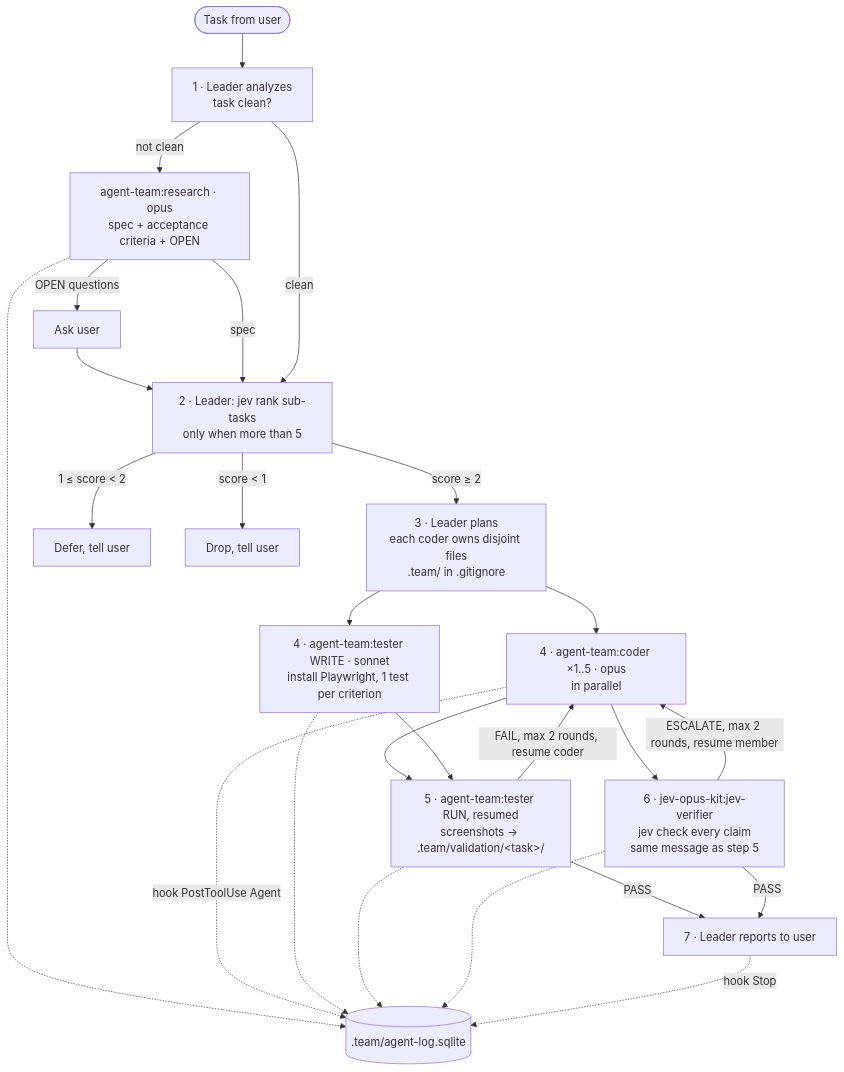
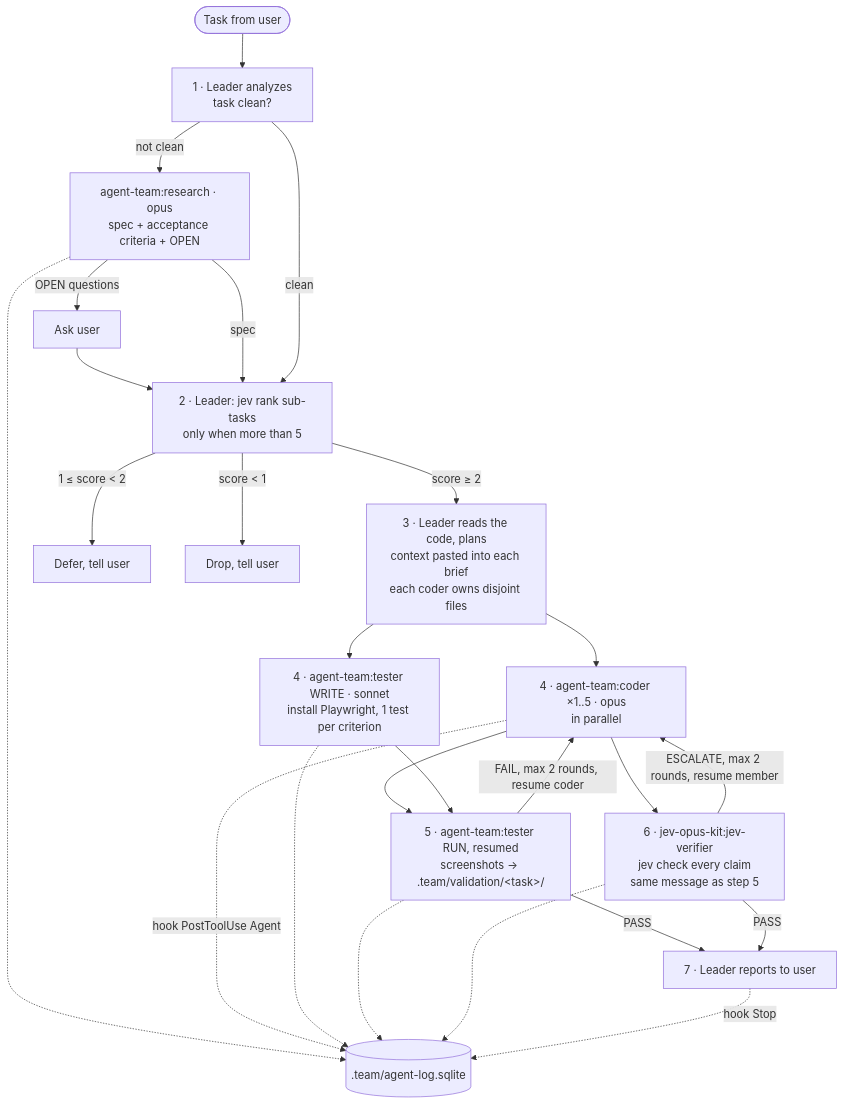
Before and after one commit to vuduc0910/agent-team: the diagram in docs/flow.md, drawn with Mermaid. The commit also changed other lines of this file and 32 other files, not shown here.

Commit message:
Effort high on every member, Leader gathers and pastes context into each brief, ports synced

````diff
--- a/docs/flow.md
+++ b/docs/flow.md
@@ -5,27 +5,27 @@
 ```mermaid
 flowchart TD
     U([Task from user]) --> A["1 · Leader analyzes<br/>task clean?"]
     A -- "not clean" --> RS["agent-team:research · opus<br/>spec + acceptance criteria + OPEN"]
     RS -- "OPEN questions" --> Q["Ask user"] --> R
     RS -- "spec" --> R
     A -- "clean" --> R["2 · Leader: jev rank sub-tasks<br/>only when more than 5"]
-    R -- "score ≥ 2" --> P["3 · Leader plans<br/>each coder owns disjoint files<br/>.team/ in .gitignore"]
+    R -- "score ≥ 2" --> P["3 · Leader reads the code, plans<br/>context pasted into each brief<br/>each coder owns disjoint files"]
     R -- "1 ≤ score &lt; 2" --> D1["Defer, tell user"]
     R -- "score &lt; 1" --> D2["Drop, tell user"]
     P --> C["4 · agent-team:coder ×1..5 · opus<br/>in parallel"]
     P --> TW["4 · agent-team:tester WRITE · sonnet<br/>install Playwright, 1 test per criterion"]
     C --> TR
     TW --> TR["5 · agent-team:tester RUN, resumed<br/>screenshots → .team/validation/&lt;task&gt;/"]
     C --> V["6 · jev-opus-kit:jev-verifier<br/>jev check every claim<br/>same message as step 5"]
     TR -- "FAIL, max 2 rounds, resume coder" --> C
     V -- "ESCALATE, max 2 rounds, resume member" --> C
     TR -- "PASS" --> F["7 · Leader reports to user"]
     V -- "PASS" --> F
     DB[(".team/agent-log.sqlite")]
     RS -.-> DB
     C -. "hook PostToolUse Agent" .-> DB
     TW -.-> DB
     TR -.-> DB
     V -.-> DB
     F -. "hook Stop" .-> DB
 ```
````
